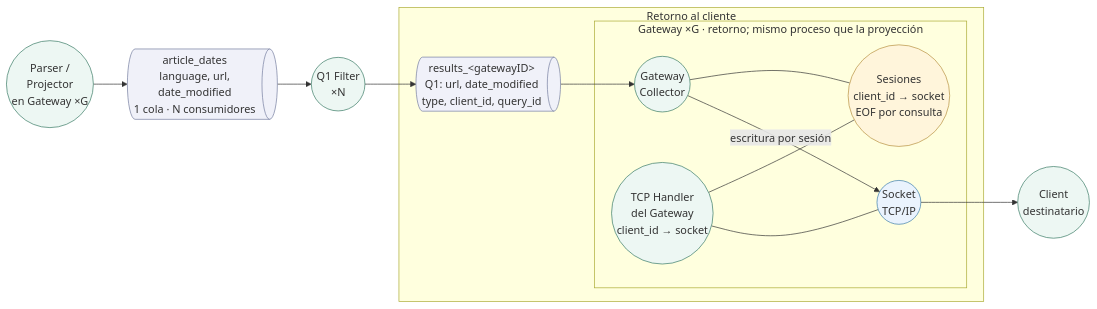
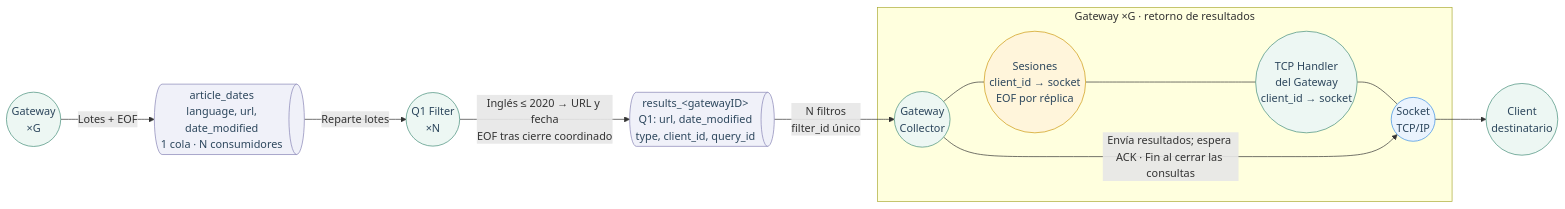
One commit to NicoPodesta/trabajo-final-distribuidos changed the diagram in Diagramas/Robustez/DIagrama-robustez-q1.mmd. Above: the diagram before and after it, drawn with Mermaid. The commit also changed 22 other files, not shown here.

Commit message:
Docs: Actualizo diagramas de robustez

```diff
--- a/Diagramas/Robustez/DIagrama-robustez-q1.mmd
+++ b/Diagramas/Robustez/DIagrama-robustez-q1.mmd
@@ -1,41 +1,32 @@
+%% Distribución de nodos conservada respecto de la versión original.
+%% SVG/PNG conservan las posiciones; Mermaid usa distribución automática.
 %% Q1 · artículos en inglés hasta 2020
-%% Fuente semántica; SVG y PNG usan una distribución fija para conservar legibilidad.
-%% Réplicas: se conserva el diseño previsto; la coordinación de cierre aún tiene pendientes.
-%% Parser, TCP Handler y Collector pertenecen al mismo proceso Gateway; se muestran en dos vistas.
 flowchart LR
-    subgraph RETURN["Retorno al cliente"]
-    RQ@{ shape: h-cyl, label: "results_&lt;gatewayID&gt;<br/>Q1: url, date_modified<br/>type, client_id, query_id" }
-    subgraph GATEWAY["Gateway ×G · retorno; mismo proceso que la proyección"]
+    subgraph GROUP2["Gateway ×G · retorno de resultados"]
+    API(("Socket<br/>TCP/IP"))
+    RX(("TCP Handler<br/>del Gateway<br/>client_id → socket"))
+    SESSION(("Sesiones<br/>client_id → socket<br/>EOF por réplica"))
     GW(("Gateway<br/>Collector"))
-    SESSION(("Sesiones<br/>client_id → socket<br/>EOF por consulta"))
-    RX(("TCP Handler<br/>del Gateway<br/>client_id → socket"))
-    API(("Socket<br/>TCP/IP"))
     end
-    end
-    P(("Parser /<br/>Projector<br/>en Gateway ×G"))
-    Q1Q@{ shape: h-cyl, label: "article_dates<br/>language, url,<br/>date_modified<br/>1 cola · N consumidores" }
+    P(("Gateway<br/>×G"))
     Q1(("Q1 Filter<br/>×N"))
     C(("Client<br/>destinatario"))
-    P --> Q1Q
-    Q1Q --> Q1
-    RQ --> GW
+    Q1Q@{ shape: h-cyl, label: "article_dates<br/>language, url,<br/>date_modified<br/>1 cola · N consumidores" }
+    RQ@{ shape: h-cyl, label: "results_&lt;gatewayID&gt;<br/>Q1: url, date_modified<br/>type, client_id, query_id" }
+    P -->|"Lotes + EOF"| Q1Q
+    Q1Q -->|"Reparte lotes"| Q1
+    Q1 -->|"Inglés ≤ 2020 → URL y fecha<br/>EOF tras cierre coordinado"| RQ
+    RQ -->|"N filtros<br/>filter_id único"| GW
     GW --- SESSION
-    RX --- SESSION
+    SESSION --- RX
     RX --- API
-    GW -->|escritura por sesión| API
     API --> C
-    Q1 --> RQ
-    classDef control fill:#edf7f3,stroke:#377964;
-    class P,Q1,GW,RX,C control;
-    classDef boundary fill:#eaf3fd,stroke:#397bac;
+    GW -->|"Envía resultados; espera ACK · Fin al cerrar las consultas"| API
+    classDef control fill:#edf7f3,stroke:#438d78,color:#2d475d;
+    class P,Q1,C,RX,GW control;
+    classDef boundary fill:#eaf3fd,stroke:#368be6,color:#2d475d;
     class API boundary;
-    classDef entity fill:#fff5db,stroke:#b6903e;
+    classDef entity fill:#fff5db,stroke:#cc980c,color:#2d475d;
     class SESSION entity;
-    classDef queue fill:#f0f1f9,stroke:#737d9e;
+    classDef queue fill:#f0f1f9,stroke:#8582b4,color:#2d475d;
     class Q1Q,RQ queue;
-    classDef exchange fill:#f0f1f9,stroke:#737d9e;
-    classDef file fill:#fff7e9,stroke:#ad8242;
-    classDef actor fill:white,stroke:#526579;
-%% Recibe: La proyección del Gateway publica lotes de language, url y date_modified. La cola reparte los lotes entre N filtros.
-%% Emite: Publica las coincidencias del lote: url y date_modified. Un lote sin coincidencias no publica resultados ni EOF.
-%% Cuándo termina: Hoy Q1 publica EOF al recibir el fin de entrada. Todavía falta coordinar el cierre entre réplicas de Q1; Gateway registra EOF por consulta.
```
